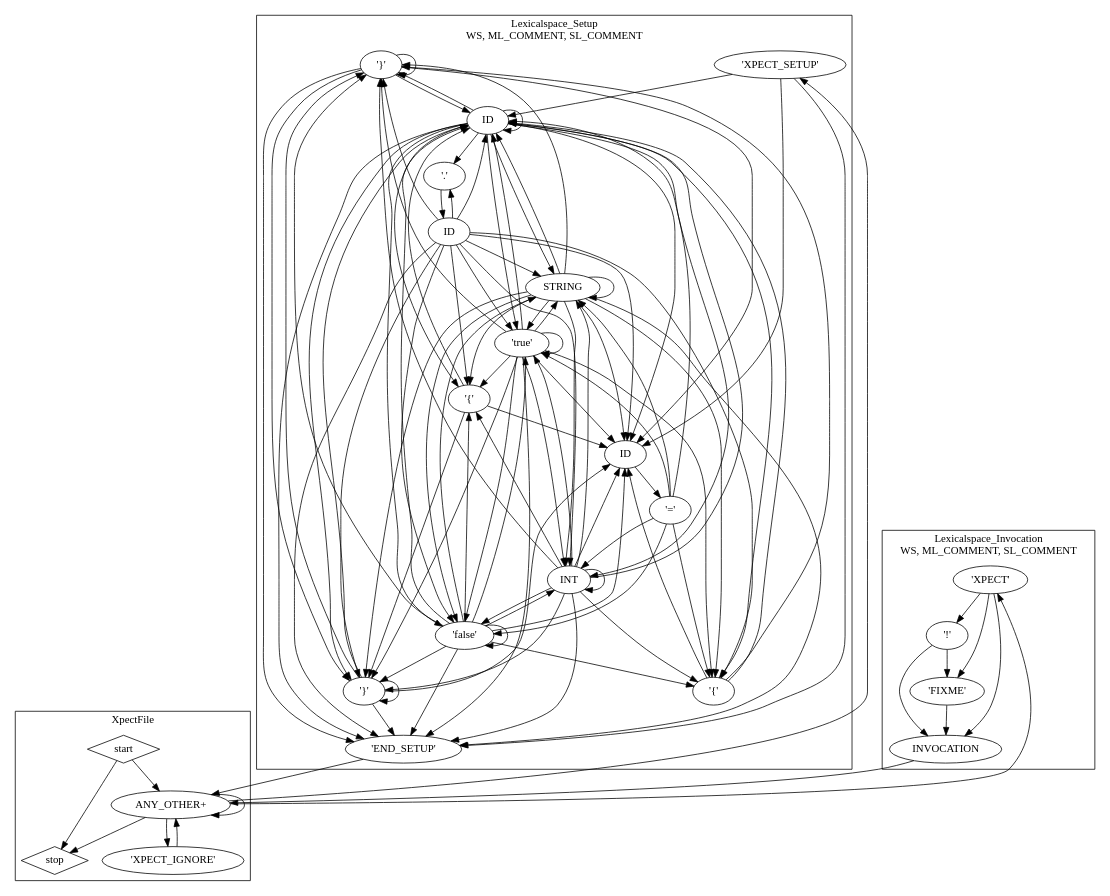
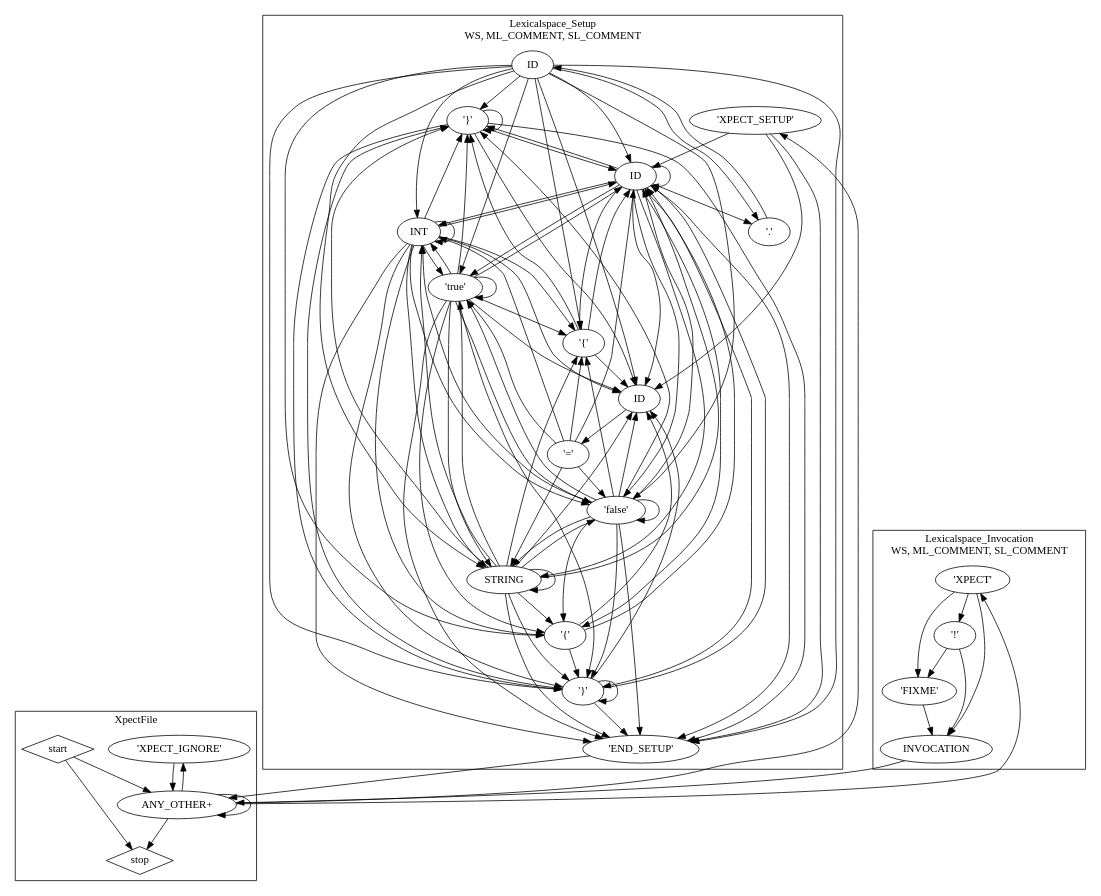
Before and after one commit to tjeske/Xpect: the diagram in org.eclipse.xpect/src-gen/org/eclipse/xpect/lexer/XpectRTGrammarNfa.dot, drawn with Graphviz. The commit also changed 135 other files, not shown here.

```diff
--- a/org.eclipse.xpect/src-gen/org/eclipse/xpect/lexer/XpectRTGrammarNfa.dot
+++ b/org.eclipse.xpect/src-gen/org/eclipse/xpect/lexer/XpectRTGrammarNfa.dot
@@ -1,150 +1,150 @@
 ## This is a Graphviz .dot file (http://www.graphviz.org/)
 ## You can use the command 'dot -Tpdf this.dot > out.pdf' to render it.
 digraph G {
-subgraph cluster_lexicalgroup440472115 {
-label="XpectFile\n";
-tokennfastate1922613977 [shape=diamond,label=start];
-tokennfastate1684834090 [label="'XPECT_IGNORE'"];
-tokennfastate496751830 [shape=diamond,label=stop];
-tokennfastate933837244 [label="ANY_OTHER+"];
+subgraph cluster_lexicalgroup825791803 {
+label="Lexicalspace_Setup\nWS, ML_COMMENT, SL_COMMENT";
+tokennfastate248447628 [label="'END_SETUP'"];
+tokennfastate636094094 [label=ID];
+tokennfastate759098586 [label="'}'"];
+tokennfastate949389138 [label=ID];
+tokennfastate1289280305 [label=INT];
+tokennfastate1815479580 [label=STRING];
+tokennfastate1911551651 [label="'XPECT_SETUP'"];
+tokennfastate664856270 [label=ID];
+tokennfastate325461513 [label="'{'"];
+tokennfastate1653925030 [label="'false'"];
+tokennfastate1935247567 [label="'}'"];
+tokennfastate538611367 [label="'{'"];
+tokennfastate121010315 [label="'true'"];
+tokennfastate119876571 [label="'.'"];
+tokennfastate729827711 [label="'='"];
 }
 
-subgraph cluster_lexicalgroup1300528434 {
-label="Lexicalspace_Setup\nWS, ML_COMMENT, SL_COMMENT";
-tokennfastate1798538641 [label="'}'"];
-tokennfastate1521743377 [label=INT];
-tokennfastate597410879 [label="'='"];
-tokennfastate1445093476 [label=ID];
-tokennfastate1823741948 [label=ID];
-tokennfastate1960277755 [label="'.'"];
-tokennfastate1152013701 [label="'false'"];
-tokennfastate930921902 [label="'XPECT_SETUP'"];
-tokennfastate305047772 [label="'{'"];
-tokennfastate1669546416 [label="'}'"];
-tokennfastate87785224 [label=ID];
-tokennfastate2036515285 [label="'END_SETUP'"];
-tokennfastate585212380 [label="'{'"];
-tokennfastate347396363 [label="'true'"];
-tokennfastate1080945842 [label=STRING];
+subgraph cluster_lexicalgroup278166606 {
+label="XpectFile\n";
+tokennfastate1275071684 [label="'XPECT_IGNORE'"];
+tokennfastate620301055 [shape=diamond,label=start];
+tokennfastate2070199213 [label="ANY_OTHER+"];
+tokennfastate357532288 [shape=diamond,label=stop];
 }
 
-subgraph cluster_lexicalgroup1792088662 {
+subgraph cluster_lexicalgroup1555928242 {
 label="Lexicalspace_Invocation\nWS, ML_COMMENT, SL_COMMENT";
-tokennfastate1090329208 [label="'FIXME'"];
-tokennfastate661943548 [label="'XPECT'"];
-tokennfastate859984241 [label=INVOCATION];
-tokennfastate205300866 [label="'!'"];
+tokennfastate1861495165 [label="'FIXME'"];
+tokennfastate1890212065 [label="'!'"];
+tokennfastate594169136 [label="'XPECT'"];
+tokennfastate91496847 [label=INVOCATION];
 }
 
-tokennfastate1922613977->tokennfastate496751830 [];
-tokennfastate1922613977->tokennfastate933837244 [];
-tokennfastate1684834090->tokennfastate933837244 [];
-tokennfastate933837244->tokennfastate1684834090 [];
-tokennfastate933837244->tokennfastate930921902 [];
-tokennfastate933837244->tokennfastate661943548 [];
-tokennfastate933837244->tokennfastate496751830 [];
-tokennfastate933837244->tokennfastate933837244 [];
-tokennfastate1798538641->tokennfastate1669546416 [];
-tokennfastate1798538641->tokennfastate1445093476 [];
-tokennfastate1798538641->tokennfastate87785224 [];
-tokennfastate1798538641->tokennfastate1798538641 [];
-tokennfastate1798538641->tokennfastate2036515285 [];
-tokennfastate1521743377->tokennfastate305047772 [];
-tokennfastate1521743377->tokennfastate1669546416 [];
-tokennfastate1521743377->tokennfastate1445093476 [];
-tokennfastate1521743377->tokennfastate87785224 [];
-tokennfastate1521743377->tokennfastate1798538641 [];
-tokennfastate1521743377->tokennfastate2036515285 [];
-tokennfastate1521743377->tokennfastate585212380 [];
-tokennfastate1521743377->tokennfastate347396363 [];
-tokennfastate1521743377->tokennfastate1152013701 [];
-tokennfastate1521743377->tokennfastate1521743377 [];
-tokennfastate1521743377->tokennfastate1080945842 [];
-tokennfastate597410879->tokennfastate1445093476 [];
-tokennfastate597410879->tokennfastate305047772 [];
-tokennfastate597410879->tokennfastate347396363 [];
-tokennfastate597410879->tokennfastate1152013701 [];
-tokennfastate597410879->tokennfastate1521743377 [];
-tokennfastate597410879->tokennfastate1080945842 [];
-tokennfastate1445093476->tokennfastate2036515285 [];
-tokennfastate1445093476->tokennfastate1445093476 [];
-tokennfastate1445093476->tokennfastate87785224 [];
-tokennfastate1445093476->tokennfastate1960277755 [];
-tokennfastate1445093476->tokennfastate1669546416 [];
-tokennfastate1445093476->tokennfastate1798538641 [];
-tokennfastate1445093476->tokennfastate347396363 [];
-tokennfastate1445093476->tokennfastate1152013701 [];
-tokennfastate1445093476->tokennfastate1521743377 [];
-tokennfastate1445093476->tokennfastate1080945842 [];
-tokennfastate1445093476->tokennfastate305047772 [];
-tokennfastate1445093476->tokennfastate585212380 [];
-tokennfastate1823741948->tokennfastate585212380 [];
-tokennfastate1823741948->tokennfastate347396363 [];
-tokennfastate1823741948->tokennfastate1152013701 [];
-tokennfastate1823741948->tokennfastate1521743377 [];
-tokennfastate1823741948->tokennfastate1080945842 [];
-tokennfastate1823741948->tokennfastate1669546416 [];
-tokennfastate1823741948->tokennfastate1445093476 [];
-tokennfastate1823741948->tokennfastate87785224 [];
-tokennfastate1823741948->tokennfastate1798538641 [];
-tokennfastate1823741948->tokennfastate2036515285 [];
-tokennfastate1823741948->tokennfastate305047772 [];
-tokennfastate1823741948->tokennfastate1960277755 [];
-tokennfastate1960277755->tokennfastate1823741948 [];
-tokennfastate1152013701->tokennfastate305047772 [];
-tokennfastate1152013701->tokennfastate1669546416 [];
-tokennfastate1152013701->tokennfastate1445093476 [];
-tokennfastate1152013701->tokennfastate87785224 [];
-tokennfastate1152013701->tokennfastate1798538641 [];
-tokennfastate1152013701->tokennfastate2036515285 [];
-tokennfastate1152013701->tokennfastate585212380 [];
-tokennfastate1152013701->tokennfastate347396363 [];
-tokennfastate1152013701->tokennfastate1152013701 [];
-tokennfastate1152013701->tokennfastate1521743377 [];
-tokennfastate1152013701->tokennfastate1080945842 [];
-tokennfastate930921902->tokennfastate2036515285 [];
-tokennfastate930921902->tokennfastate1445093476 [];
-tokennfastate930921902->tokennfastate87785224 [];
-tokennfastate305047772->tokennfastate1798538641 [];
-tokennfastate305047772->tokennfastate87785224 [];
-tokennfastate305047772->tokennfastate1445093476 [];
-tokennfastate1669546416->tokennfastate2036515285 [];
-tokennfastate1669546416->tokennfastate1445093476 [];
-tokennfastate1669546416->tokennfastate87785224 [];
-tokennfastate1669546416->tokennfastate1669546416 [];
-tokennfastate1669546416->tokennfastate1798538641 [];
-tokennfastate87785224->tokennfastate597410879 [];
-tokennfastate2036515285->tokennfastate933837244 [];
-tokennfastate585212380->tokennfastate1669546416 [];
-tokennfastate585212380->tokennfastate1445093476 [];
-tokennfastate585212380->tokennfastate87785224 [];
-tokennfastate347396363->tokennfastate305047772 [];
-tokennfastate347396363->tokennfastate1669546416 [];
-tokennfastate347396363->tokennfastate1445093476 [];
-tokennfastate347396363->tokennfastate87785224 [];
-tokennfastate347396363->tokennfastate1798538641 [];
-tokennfastate347396363->tokennfastate2036515285 [];
-tokennfastate347396363->tokennfastate585212380 [];
-tokennfastate347396363->tokennfastate347396363 [];
-tokennfastate347396363->tokennfastate1152013701 [];
-tokennfastate347396363->tokennfastate1521743377 [];
-tokennfastate347396363->tokennfastate1080945842 [];
-tokennfastate1080945842->tokennfastate305047772 [];
-tokennfastate1080945842->tokennfastate1669546416 [];
-tokennfastate1080945842->tokennfastate1445093476 [];
-tokennfastate1080945842->tokennfastate87785224 [];
-tokennfastate1080945842->tokennfastate1798538641 [];
-tokennfastate1080945842->tokennfastate2036515285 [];
-tokennfastate1080945842->tokennfastate585212380 [];
-tokennfastate1080945842->tokennfastate347396363 [];
-tokennfastate1080945842->tokennfastate1152013701 [];
-tokennfastate1080945842->tokennfastate1521743377 [];
-tokennfastate1080945842->tokennfastate1080945842 [];
-tokennfastate1090329208->tokennfastate859984241 [];
-tokennfastate661943548->tokennfastate859984241 [];
-tokennfastate661943548->tokennfastate205300866 [];
-tokennfastate661943548->tokennfastate1090329208 [];
-tokennfastate859984241->tokennfastate933837244 [];
-tokennfastate205300866->tokennfastate859984241 [];
-tokennfastate205300866->tokennfastate1090329208 [];
+tokennfastate248447628->tokennfastate2070199213 [];
+tokennfastate636094094->tokennfastate325461513 [];
+tokennfastate636094094->tokennfastate121010315 [];
+tokennfastate636094094->tokennfastate1653925030 [];
+tokennfastate636094094->tokennfastate1289280305 [];
+tokennfastate636094094->tokennfastate1815479580 [];
+tokennfastate636094094->tokennfastate1935247567 [];
+tokennfastate636094094->tokennfastate949389138 [];
+tokennfastate636094094->tokennfastate664856270 [];
+tokennfastate636094094->tokennfastate759098586 [];
+tokennfastate636094094->tokennfastate248447628 [];
+tokennfastate636094094->tokennfastate538611367 [];
+tokennfastate636094094->tokennfastate119876571 [];
+tokennfastate759098586->tokennfastate1935247567 [];
+tokennfastate759098586->tokennfastate949389138 [];
+tokennfastate759098586->tokennfastate664856270 [];
+tokennfastate759098586->tokennfastate759098586 [];
+tokennfastate759098586->tokennfastate248447628 [];
+tokennfastate949389138->tokennfastate248447628 [];
+tokennfastate949389138->tokennfastate949389138 [];
+tokennfastate949389138->tokennfastate664856270 [];
+tokennfastate949389138->tokennfastate119876571 [];
+tokennfastate949389138->tokennfastate1935247567 [];
+tokennfastate949389138->tokennfastate759098586 [];
+tokennfastate949389138->tokennfastate121010315 [];
+tokennfastate949389138->tokennfastate1653925030 [];
+tokennfastate949389138->tokennfastate1289280305 [];
+tokennfastate949389138->tokennfastate1815479580 [];
+tokennfastate949389138->tokennfastate538611367 [];
+tokennfastate949389138->tokennfastate325461513 [];
+tokennfastate1289280305->tokennfastate538611367 [];
+tokennfastate1289280305->tokennfastate1935247567 [];
+tokennfastate1289280305->tokennfastate949389138 [];
+tokennfastate1289280305->tokennfastate664856270 [];
+tokennfastate1289280305->tokennfastate759098586 [];
+tokennfastate1289280305->tokennfastate248447628 [];
+tokennfastate1289280305->tokennfastate325461513 [];
+tokennfastate1289280305->tokennfastate121010315 [];
+tokennfastate1289280305->tokennfastate1653925030 [];
+tokennfastate1289280305->tokennfastate1289280305 [];
+tokennfastate1289280305->tokennfastate1815479580 [];
+tokennfastate1815479580->tokennfastate538611367 [];
+tokennfastate1815479580->tokennfastate1935247567 [];
+tokennfastate1815479580->tokennfastate949389138 [];
+tokennfastate1815479580->tokennfastate664856270 [];
+tokennfastate1815479580->tokennfastate759098586 [];
+tokennfastate1815479580->tokennfastate248447628 [];
+tokennfastate1815479580->tokennfastate325461513 [];
+tokennfastate1815479580->tokennfastate121010315 [];
+tokennfastate1815479580->tokennfastate1653925030 [];
+tokennfastate1815479580->tokennfastate1289280305 [];
+tokennfastate1815479580->tokennfastate1815479580 [];
+tokennfastate1911551651->tokennfastate248447628 [];
+tokennfastate1911551651->tokennfastate949389138 [];
+tokennfastate1911551651->tokennfastate664856270 [];
+tokennfastate664856270->tokennfastate729827711 [];
+tokennfastate325461513->tokennfastate1935247567 [];
+tokennfastate325461513->tokennfastate949389138 [];
+tokennfastate325461513->tokennfastate664856270 [];
+tokennfastate1653925030->tokennfastate538611367 [];
+tokennfastate1653925030->tokennfastate1935247567 [];
+tokennfastate1653925030->tokennfastate949389138 [];
+tokennfastate1653925030->tokennfastate664856270 [];
+tokennfastate1653925030->tokennfastate759098586 [];
+tokennfastate1653925030->tokennfastate248447628 [];
+tokennfastate1653925030->tokennfastate325461513 [];
+tokennfastate1653925030->tokennfastate121010315 [];
+tokennfastate1653925030->tokennfastate1653925030 [];
+tokennfastate1653925030->tokennfastate1289280305 [];
+tokennfastate1653925030->tokennfastate1815479580 [];
+tokennfastate1935247567->tokennfastate248447628 [];
+tokennfastate1935247567->tokennfastate949389138 [];
+tokennfastate1935247567->tokennfastate664856270 [];
+tokennfastate1935247567->tokennfastate1935247567 [];
+tokennfastate1935247567->tokennfastate759098586 [];
+tokennfastate538611367->tokennfastate759098586 [];
+tokennfastate538611367->tokennfastate664856270 [];
+tokennfastate538611367->tokennfastate949389138 [];
+tokennfastate121010315->tokennfastate538611367 [];
+tokennfastate121010315->tokennfastate1935247567 [];
+tokennfastate121010315->tokennfastate949389138 [];
+tokennfastate121010315->tokennfastate664856270 [];
+tokennfastate121010315->tokennfastate759098586 [];
+tokennfastate121010315->tokennfastate248447628 [];
+tokennfastate121010315->tokennfastate325461513 [];
+tokennfastate121010315->tokennfastate121010315 [];
+tokennfastate121010315->tokennfastate1653925030 [];
+tokennfastate121010315->tokennfastate1289280305 [];
+tokennfastate121010315->tokennfastate1815479580 [];
+tokennfastate119876571->tokennfastate636094094 [];
+tokennfastate729827711->tokennfastate949389138 [];
+tokennfastate729827711->tokennfastate538611367 [];
+tokennfastate729827711->tokennfastate121010315 [];
+tokennfastate729827711->tokennfastate1653925030 [];
+tokennfastate729827711->tokennfastate1289280305 [];
+tokennfastate729827711->tokennfastate1815479580 [];
+tokennfastate1275071684->tokennfastate2070199213 [];
+tokennfastate620301055->tokennfastate357532288 [];
+tokennfastate620301055->tokennfastate2070199213 [];
+tokennfastate2070199213->tokennfastate1275071684 [];
+tokennfastate2070199213->tokennfastate1911551651 [];
+tokennfastate2070199213->tokennfastate594169136 [];
+tokennfastate2070199213->tokennfastate357532288 [];
+tokennfastate2070199213->tokennfastate2070199213 [];
+tokennfastate1861495165->tokennfastate91496847 [];
+tokennfastate1890212065->tokennfastate91496847 [];
+tokennfastate1890212065->tokennfastate1861495165 [];
+tokennfastate594169136->tokennfastate91496847 [];
+tokennfastate594169136->tokennfastate1890212065 [];
+tokennfastate594169136->tokennfastate1861495165 [];
+tokennfastate91496847->tokennfastate2070199213 [];
 }
```
